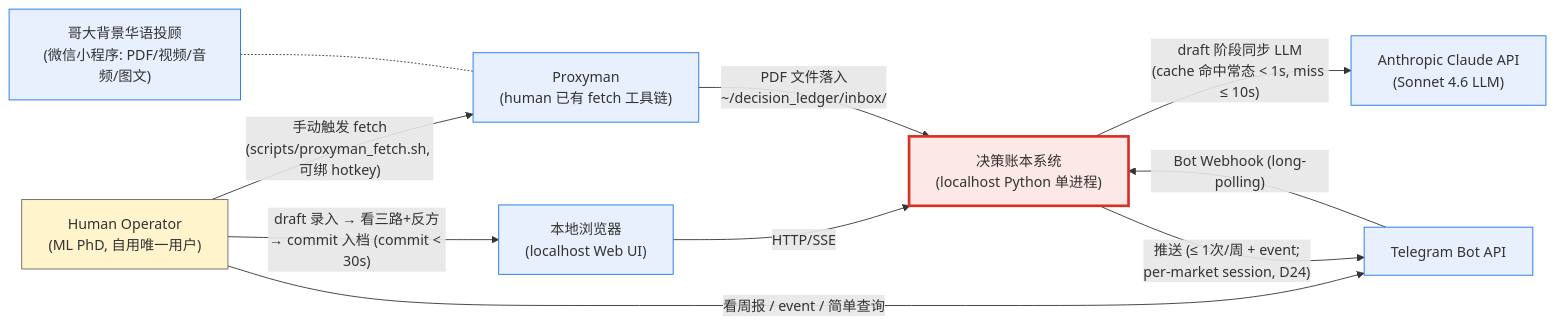
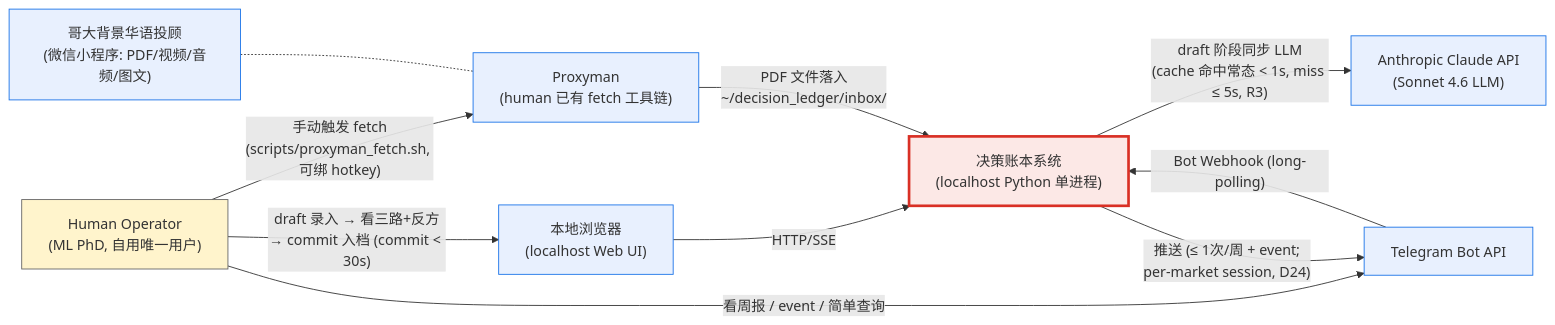
One commit to ttssp/ideababy_stroller changed the first of 6 diagrams in specs/004-pB/architecture.md. Above: the diagram before and after it, drawn with Mermaid. The commit also changed other lines of this file and 26 other files, not shown here.

````diff
--- a/specs/004-pB/architecture.md
+++ b/specs/004-pB/architecture.md
@@ -25,27 +29,27 @@
 ```mermaid
 flowchart LR
     Human["Human Operator<br/>(ML PhD, 自用唯一用户)"]:::actor
     Advisor["哥大背景华语投顾<br/>(微信小程序: PDF/视频/音频/图文)"]:::external
     Proxyman["Proxyman<br/>(human 已有 fetch 工具链)"]:::external
     Anthropic["Anthropic Claude API<br/>(Sonnet 4.6 LLM)"]:::external
     Telegram["Telegram Bot API"]:::external
     Browser["本地浏览器<br/>(localhost Web UI)"]:::external
 
     System["决策账本系统<br/>(localhost Python 单进程)"]:::system
 
     Human -- "draft 录入 → 看三路+反方<br/>→ commit 入档 (commit < 30s)" --> Browser
     Browser -- "HTTP/SSE" --> System
     Human -- "看周报 / event / 简单查询" --> Telegram
     Telegram -- "Bot Webhook (long-polling)" --> System
 
     Human -- "手动触发 fetch<br/>(scripts/proxyman_fetch.sh, 可绑 hotkey)" --> Proxyman
     Advisor -.- Proxyman
     Proxyman -- "PDF 文件落入<br/>~/decision_ledger/inbox/" --> System
 
-    System -- "draft 阶段同步 LLM<br/>(cache 命中常态 < 1s, miss ≤ 10s)" --> Anthropic
+    System -- "draft 阶段同步 LLM<br/>(cache 命中常态 < 1s, miss ≤ 5s, R3)" --> Anthropic
     System -- "推送 (≤ 1次/周 + event;<br/>per-market session, D24)" --> Telegram
 
     classDef actor fill:#fff4cc,stroke:#666
     classDef external fill:#e8f0fe,stroke:#1a73e8
     classDef system fill:#fce8e6,stroke:#d93025,stroke-width:3px
 ```
````
